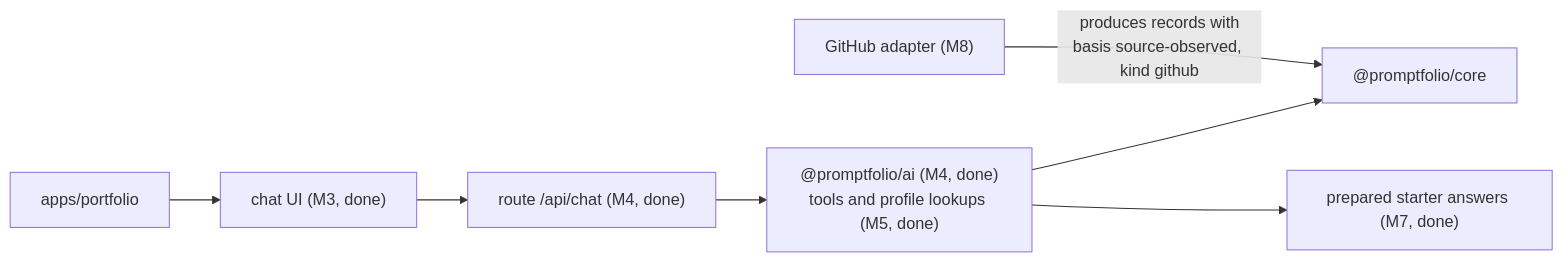
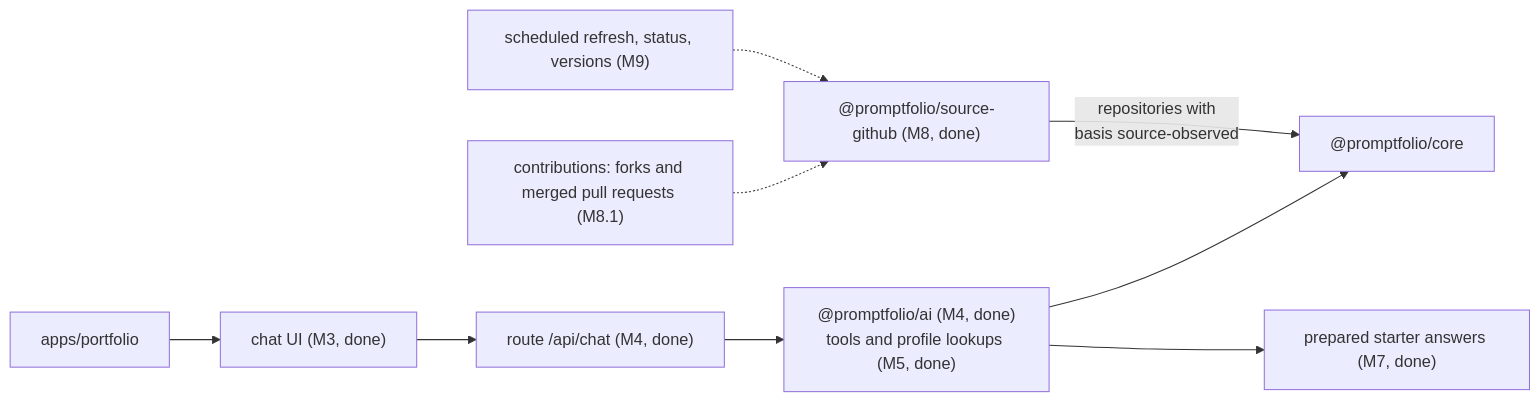
The fifth of 5 diagrams in docs/ARCHITECTURE.md (promptfolios/promptfolio), drawn with Mermaid before and after one commit. The commit also changed other lines of this file and 6 other files, not shown here.

First line of the commit message:
docs: add the M8 plan and ADR 0009 for the GitHub source

````diff
--- a/docs/ARCHITECTURE.md
+++ b/docs/ARCHITECTURE.md
@@ -224,9 +275,11 @@
 ```mermaid
 flowchart LR
     app["apps/portfolio"] --> ui["chat UI (M3, done)"]
     ui --> route["route /api/chat (M4, done)"]
     route --> ai["@promptfolio/ai (M4, done)<br/>tools and profile lookups (M5, done)"]
     ai --> core["@promptfolio/core"]
     ai --> prepared["prepared starter answers (M7, done)"]
-    github["GitHub adapter (M8)"] -- "produces records with<br/>basis source-observed, kind github" --> core
+    github["@promptfolio/source-github (M8, done)"] -- "repositories with<br/>basis source-observed" --> core
+    contributions["contributions: forks and merged pull requests (M8.1)"] -.-> github
+    refresh["scheduled refresh, status, versions (M9)"] -.-> github
 ```
````
